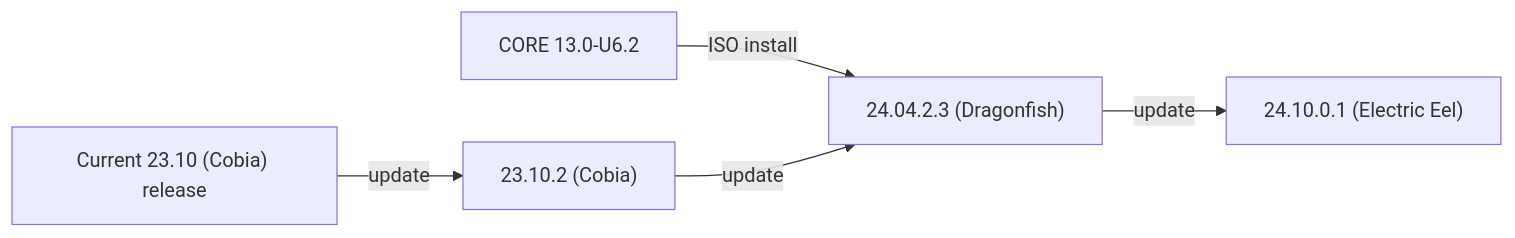
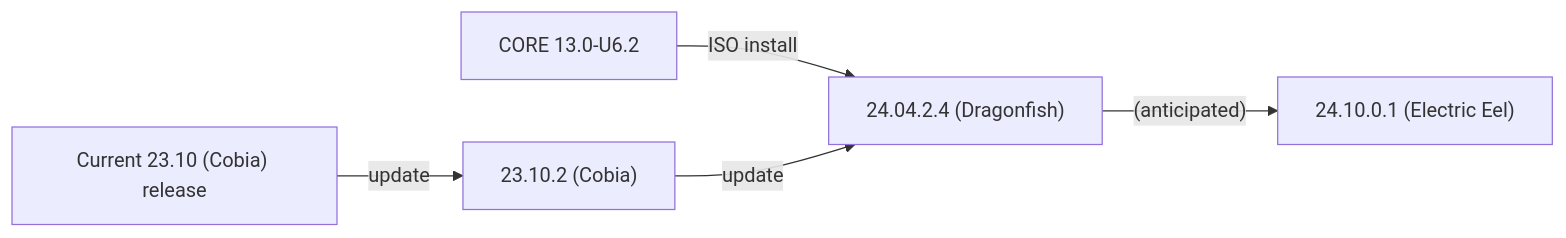
One commit to truenas/documentation changed the second of 2 diagrams in static/includes/SCALEUpgradePaths.md. Above: the diagram before and after it, drawn with Mermaid. The commit also changed other lines of this file, not shown here.

```diff
--- a/static/includes/SCALEUpgradePaths.md
+++ b/static/includes/SCALEUpgradePaths.md
@@ -65,8 +65,8 @@
           {{< mermaid class="mermaid_sizing" >}}
           flowchart LR
             A["CORE 13.0-U6.2"] -->|ISO install| D
             B["Current 23.10 (Cobia) release"] -->|update| C
             C["23.10.2 (Cobia)"] -->|update| D
-            D["24.04.2.3 (Dragonfish)"]  -->|update| E
+            D["24.04.2.4 (Dragonfish)"]  -->|"(anticipated)"| E
             E["24.10.0.1 (Electric Eel)"]
           {{< /mermaid >}}
```
